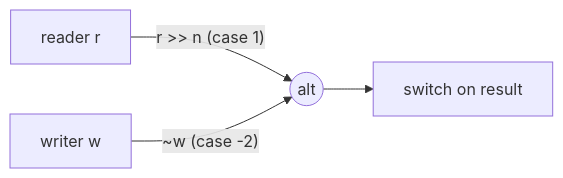
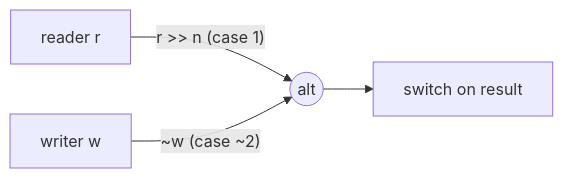
Before and after one commit to marcelocantos/csp: the first of 3 diagrams in docs/guide/03-multiplexing.md, drawn with Mermaid. The commit also changed other lines of this file and 22 other files, not shown here.

````diff
--- a/docs/guide/03-multiplexing.md
+++ b/docs/guide/03-multiplexing.md
@@ -76,6 +76,6 @@
 ```mermaid
 graph LR
     A[reader r] -->|"r >> n (case 1)"| ALT((alt))
-    B[writer w] -->|"~w (case -2)"| ALT
+    B[writer w] -->|"~w (case ~2)"| ALT
     ALT --> handler["switch on result"]
 ```
````
